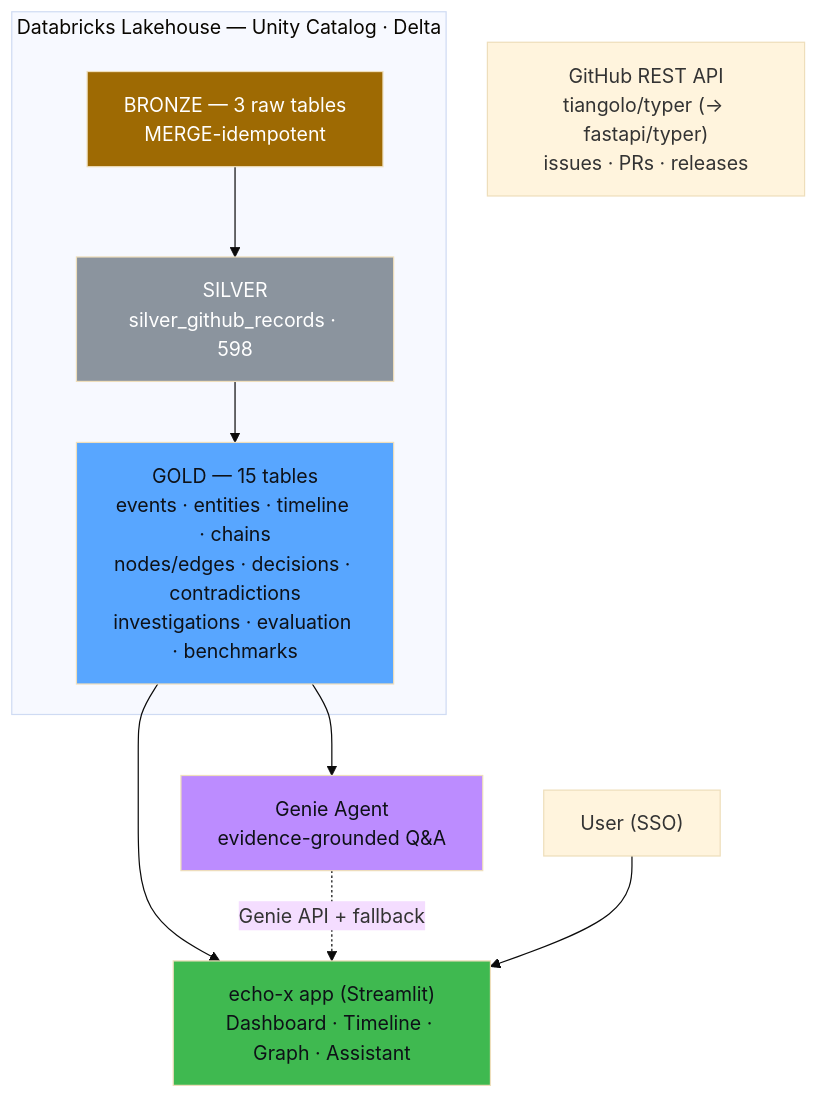
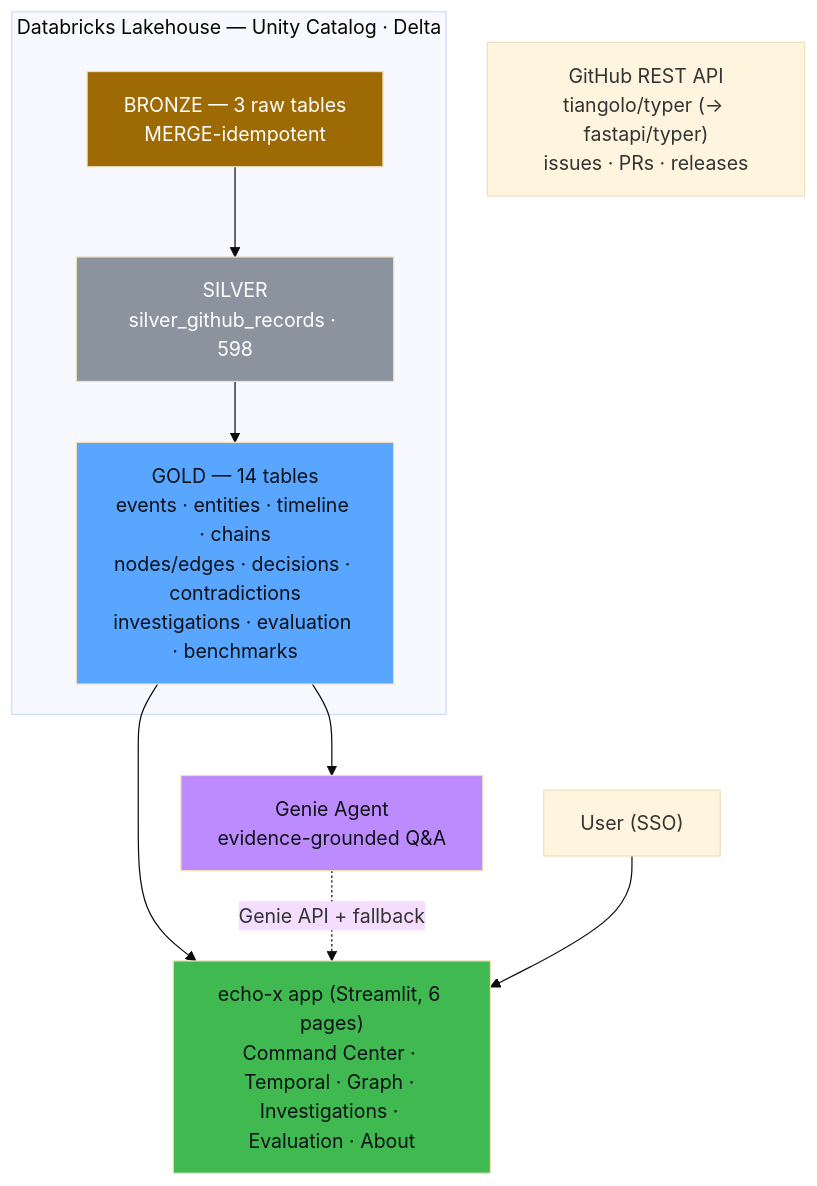
One commit to vijayanandhini2327ITTCE/ECHO-X changed the diagram in README.md. Above: the diagram before and after it, drawn with Mermaid (base theme). The commit also changed other lines of this file and 3 other files, not shown here.

````diff
--- a/README.md
+++ b/README.md
@@ -58,17 +58,17 @@
 ```mermaid
 flowchart TB
     GH["GitHub REST API<br/>tiangolo/typer (→ fastapi/typer)<br/>issues · PRs · releases"]
     subgraph LH["Databricks Lakehouse — Unity Catalog · Delta"]
         B["BRONZE — 3 raw tables<br/>MERGE-idempotent"] --> S["SILVER<br/>silver_github_records · 598"]
-        S --> G["GOLD — 15 tables<br/>events · entities · timeline · chains<br/>nodes/edges · decisions · contradictions<br/>investigations · evaluation · benchmarks"]
+        S --> G["GOLD — 14 tables<br/>events · entities · timeline · chains<br/>nodes/edges · decisions · contradictions<br/>investigations · evaluation · benchmarks"]
     end
     G --> GN["Genie Agent<br/>evidence-grounded Q&A"]
-    G --> APP["echo-x app (Streamlit)<br/>Dashboard · Timeline · Graph · Assistant"]
+    G --> APP["echo-x app (Streamlit, 6 pages)<br/>Command Center · Temporal · Graph · Investigations · Evaluation · About"]
     GN -.->|Genie API + fallback| APP
     U["User (SSO)"] --> APP
     style B fill:#9e6a03,color:#fff
     style S fill:#8b949e,color:#fff
     style G fill:#58a6ff,color:#0e1117
     style APP fill:#3fb950,color:#0e1117
     style GN fill:#bc8cff,color:#0e1117
 ```
````
